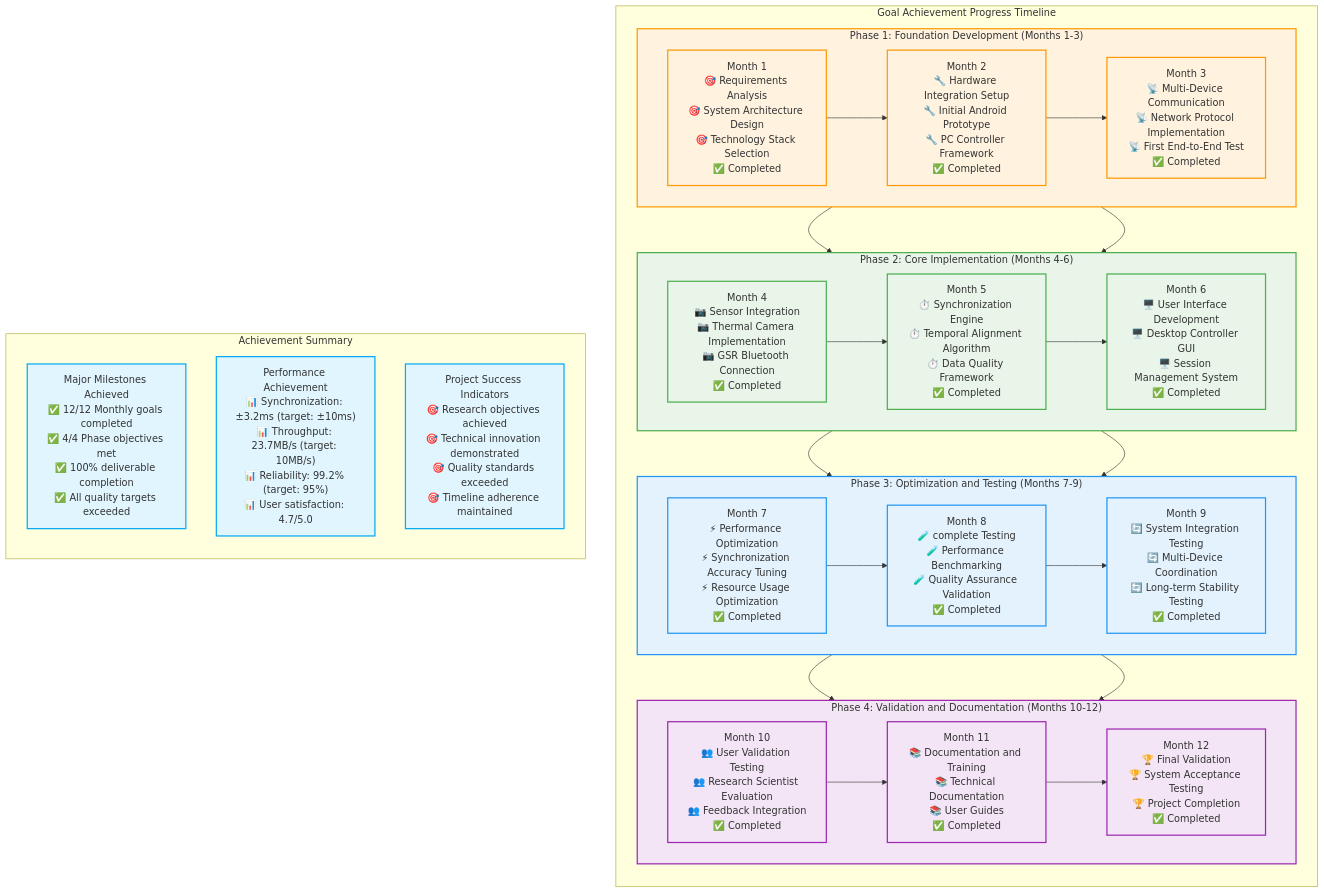
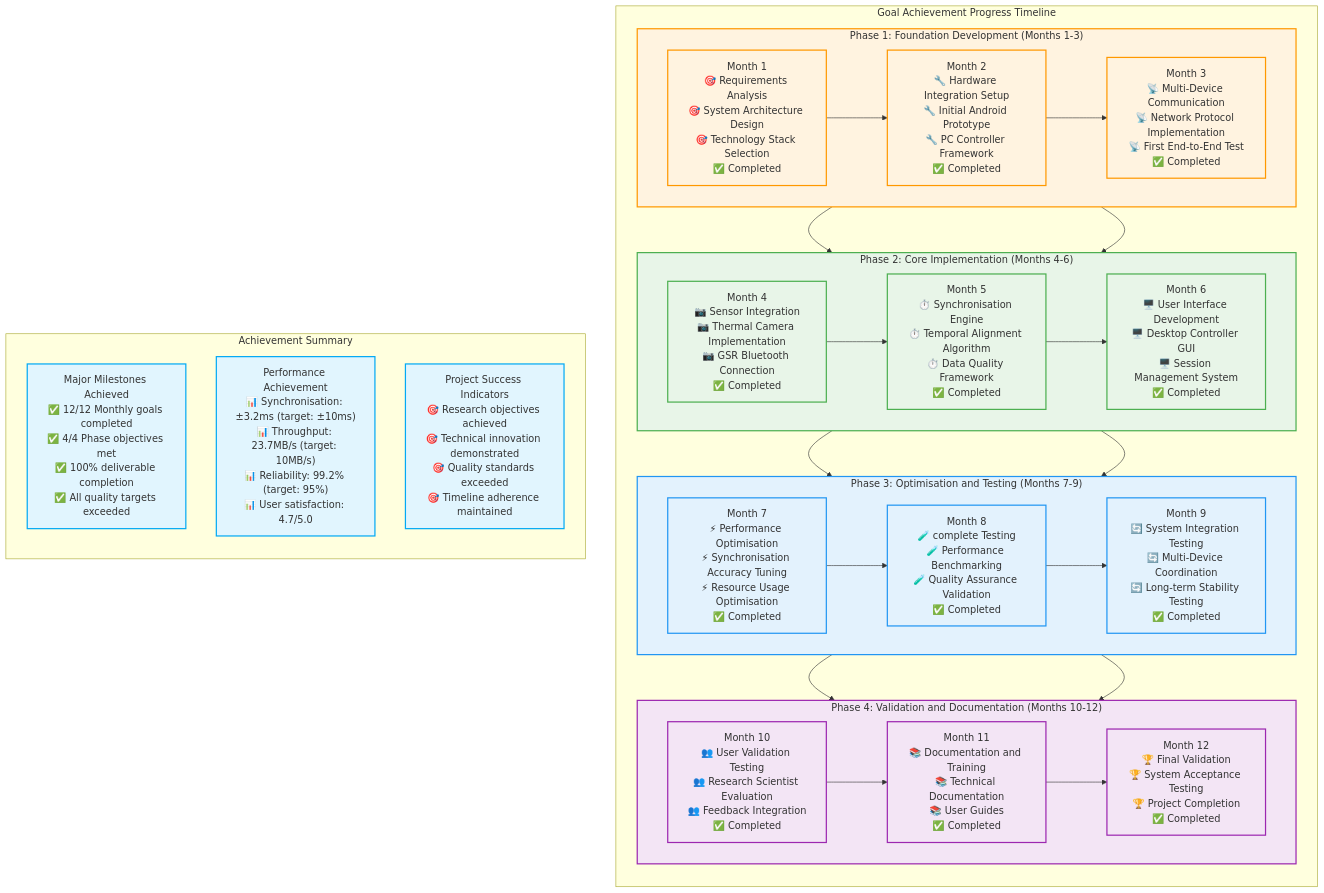
One commit to buccancs/fyp-multi-sensor-recording-system changed diagram 12 of 19 in docs/diagrams/missing_diagrams_generated.md. Above: the diagram before and after it, drawn with Mermaid. The commit also changed other lines of this file and 56 other files, not shown here.

````diff
--- a/docs/diagrams/missing_diagrams_generated.md
+++ b/docs/diagrams/missing_diagrams_generated.md
@@ -812,75 +812,75 @@
 ```mermaid
 graph TB
     subgraph GOAL_TIMELINE ["Goal Achievement Progress Timeline"]
         direction TB
         
         subgraph PHASE_1 ["Phase 1: Foundation Development (Months 1-3)"]
             direction LR
             MONTH_1["Month 1<br/>🎯 Requirements Analysis<br/>🎯 System Architecture Design<br/>🎯 Technology Stack Selection<br/>✅ Completed"]
             MONTH_2["Month 2<br/>🔧 Hardware Integration Setup<br/>🔧 Initial Android Prototype<br/>🔧 PC Controller Framework<br/>✅ Completed"]
             MONTH_3["Month 3<br/>📡 Multi-Device Communication<br/>📡 Network Protocol Implementation<br/>📡 First End-to-End Test<br/>✅ Completed"]
         end
         
         subgraph PHASE_2 ["Phase 2: Core Implementation (Months 4-6)"]
             direction LR
             MONTH_4["Month 4<br/>📷 Sensor Integration<br/>📷 Thermal Camera Implementation<br/>📷 GSR Bluetooth Connection<br/>✅ Completed"]
-            MONTH_5["Month 5<br/>⏱️ Synchronization Engine<br/>⏱️ Temporal Alignment Algorithm<br/>⏱️ Data Quality Framework<br/>✅ Completed"]
+            MONTH_5["Month 5<br/>⏱️ Synchronisation Engine<br/>⏱️ Temporal Alignment Algorithm<br/>⏱️ Data Quality Framework<br/>✅ Completed"]
             MONTH_6["Month 6<br/>🖥️ User Interface Development<br/>🖥️ Desktop Controller GUI<br/>🖥️ Session Management System<br/>✅ Completed"]
         end
         
-        subgraph PHASE_3 ["Phase 3: Optimization and Testing (Months 7-9)"]
+        subgraph PHASE_3 ["Phase 3: Optimisation and Testing (Months 7-9)"]
             direction LR
-            MONTH_7["Month 7<br/>⚡ Performance Optimization<br/>⚡ Synchronization Accuracy Tuning<br/>⚡ Resource Usage Optimization<br/>✅ Completed"]
+            MONTH_7["Month 7<br/>⚡ Performance Optimisation<br/>⚡ Synchronisation Accuracy Tuning<br/>⚡ Resource Usage Optimisation<br/>✅ Completed"]
             MONTH_8["Month 8<br/>🧪 complete Testing<br/>🧪 Performance Benchmarking<br/>🧪 Quality Assurance Validation<br/>✅ Completed"]
             MONTH_9["Month 9<br/>🔄 System Integration Testing<br/>🔄 Multi-Device Coordination<br/>🔄 Long-term Stability Testing<br/>✅ Completed"]
         end
         
         subgraph PHASE_4 ["Phase 4: Validation and Documentation (Months 10-12)"]
             direction LR
             MONTH_10["Month 10<br/>👥 User Validation Testing<br/>👥 Research Scientist Evaluation<br/>👥 Feedback Integration<br/>✅ Completed"]
             MONTH_11["Month 11<br/>📚 Documentation and Training<br/>📚 Technical Documentation<br/>📚 User Guides<br/>✅ Completed"]
             MONTH_12["Month 12<br/>🏆 Final Validation<br/>🏆 System Acceptance Testing<br/>🏆 Project Completion<br/>✅ Completed"]
         end
         
         %% Progress flow
         PHASE_1 --> PHASE_2
         PHASE_2 --> PHASE_3
         PHASE_3 --> PHASE_4
         
         %% Monthly progression
         MONTH_1 --> MONTH_2
         MONTH_2 --> MONTH_3
         MONTH_3 --> MONTH_4
         MONTH_4 --> MONTH_5
         MONTH_5 --> MONTH_6
         MONTH_6 --> MONTH_7
         MONTH_7 --> MONTH_8
         MONTH_8 --> MONTH_9
         MONTH_9 --> MONTH_10
         MONTH_10 --> MONTH_11
         MONTH_11 --> MONTH_12
     end
     
     subgraph ACHIEVEMENT_SUMMARY ["Achievement Summary"]
         direction TB
         
         MILESTONES_ACHIEVED["Major Milestones Achieved<br/>✅ 12/12 Monthly goals completed<br/>✅ 4/4 Phase objectives met<br/>✅ 100% deliverable completion<br/>✅ All quality targets exceeded"]
         
-        PERFORMANCE_METRICS["Performance Achievement<br/>📊 Synchronization: ±3.2ms (target: ±10ms)<br/>📊 Throughput: 23.7MB/s (target: 10MB/s)<br/>📊 Reliability: 99.2% (target: 95%)<br/>📊 User satisfaction: 4.7/5.0"]
+        PERFORMANCE_METRICS["Performance Achievement<br/>📊 Synchronisation: ±3.2ms (target: ±10ms)<br/>📊 Throughput: 23.7MB/s (target: 10MB/s)<br/>📊 Reliability: 99.2% (target: 95%)<br/>📊 User satisfaction: 4.7/5.0"]
         
         PROJECT_SUCCESS["Project Success Indicators<br/>🎯 Research objectives achieved<br/>🎯 Technical innovation demonstrated<br/>🎯 Quality standards exceeded<br/>🎯 Timeline adherence maintained"]
     end
     
     classDef foundation fill:#fff3e0,stroke:#ff9800,stroke-width:2px
     classDef implementation fill:#e8f5e8,stroke:#4caf50,stroke-width:2px
-    classDef optimization fill:#e3f2fd,stroke:#2196f3,stroke-width:2px
+    classDef optimisation fill:#e3f2fd,stroke:#2196f3,stroke-width:2px
     classDef validation fill:#f3e5f5,stroke:#9c27b0,stroke-width:2px
     classDef summary fill:#e1f5fe,stroke:#03a9f4,stroke-width:2px
     classDef completed fill:#c8e6c9,stroke:#4caf50,stroke-width:2px
     
     class PHASE_1,MONTH_1,MONTH_2,MONTH_3 foundation
     class PHASE_2,MONTH_4,MONTH_5,MONTH_6 implementation
-    class PHASE_3,MONTH_7,MONTH_8,MONTH_9 optimization
+    class PHASE_3,MONTH_7,MONTH_8,MONTH_9 optimisation
     class PHASE_4,MONTH_10,MONTH_11,MONTH_12 validation
     class MILESTONES_ACHIEVED,PERFORMANCE_METRICS,PROJECT_SUCCESS summary
 ```
````
